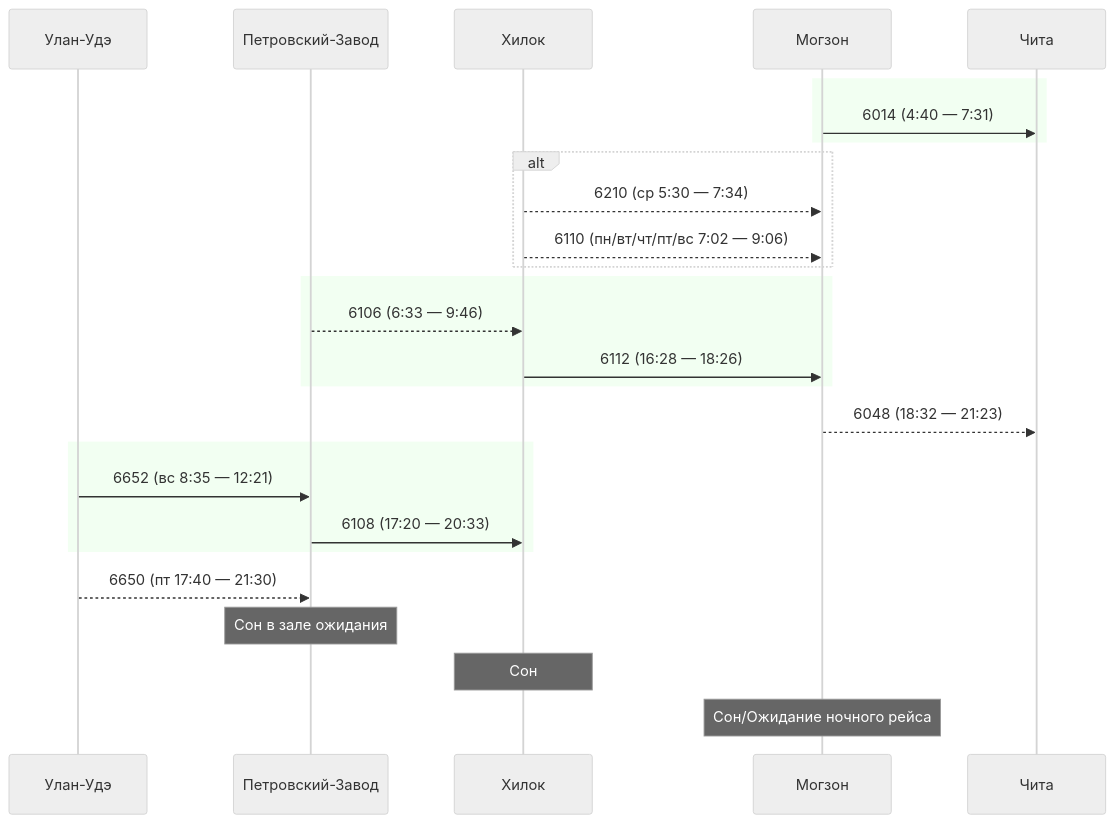
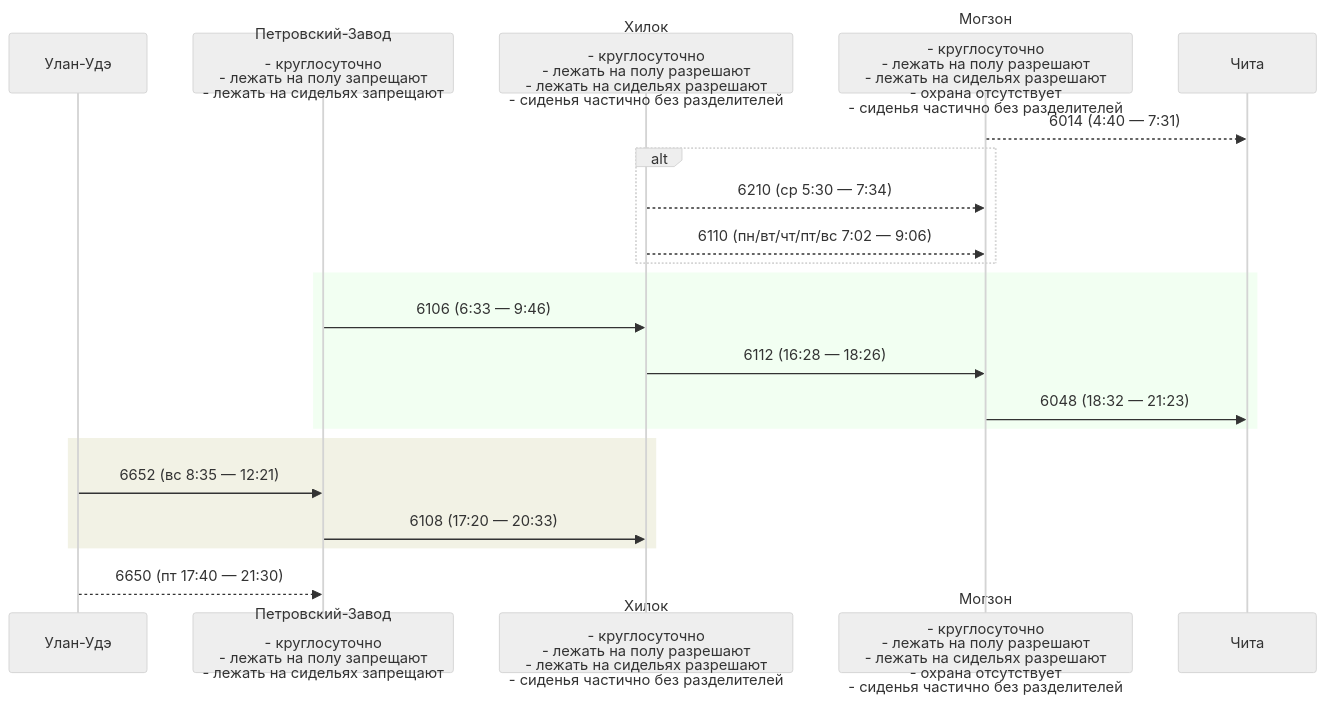
One commit to u0feff/Pezda changed diagram 14 of 18 in Schedule/Eastbound.md. Above: the diagram before and after it, drawn with Mermaid (neutral theme). The commit also changed other lines of this file and 7 other files, not shown here.

````diff
--- a/Schedule/Eastbound.md
+++ b/Schedule/Eastbound.md
@@ -554,34 +574,28 @@
 ```mermaid
 sequenceDiagram
-    participant Улан-Удэ
-    participant Петровский-Завод
-    participant Хилок
-    participant Могзон
+    participant УланУдэ as Улан-Удэ
+    participant ПетровскийЗавод as Петровский-Завод<br><br>- круглосуточно<br>- лежать на полу запрещают<br>- лежать на сидельях запрещают
+    participant Хилок as Хилок<br><br>- круглосуточно<br>- лежать на полу разрешают<br>- лежать на сидельях разрешают<br>- сиденья частично без разделителей
+    participant Могзон as Могзон<br><br>- круглосуточно<br>- лежать на полу разрешают<br>- лежать на сидельях разрешают<br>- охрана отсутствует<br>- сиденья частично без разделителей
     participant Чита
 
-    rect rgba(0, 255, 0, 0.05)
-    Могзон->>Чита: 6014 (4:40 — 7:31)
-    end
+    Могзон-->>Чита: 6014 (4:40 — 7:31)
 
     alt
     Хилок-->>Могзон: 6210 (ср 5:30 — 7:34)
     Хилок-->>Могзон: 6110 (пн/вт/чт/пт/вс 7:02 — 9:06)
     end
 
     rect rgba(0, 255, 0, 0.05)
-    Петровский-Завод-->>Хилок: 6106 (6:33 — 9:46)
+    ПетровскийЗавод->>Хилок: 6106 (6:33 — 9:46)
     Хилок->>Могзон: 6112 (16:28 — 18:26)
-    end
-    Могзон-->>Чита: 6048 (18:32 — 21:23)
-
-    rect rgba(0, 255, 0, 0.05)
-    Улан-Удэ->>Петровский-Завод: 6652 (вс 8:35 — 12:21)
-    Петровский-Завод->>Хилок: 6108 (17:20 — 20:33)
+    Могзон->>Чита: 6048 (18:32 — 21:23)
     end
 
-    Улан-Удэ-->>Петровский-Завод: 6650 (пт 17:40 — 21:30)
+    rect rgba(127, 127, 0, 0.1)
+    УланУдэ->>ПетровскийЗавод: 6652 (вс 8:35 — 12:21)
+    ПетровскийЗавод->>Хилок: 6108 (17:20 — 20:33)
+    end
 
-    Note over Петровский-Завод: Сон в зале ожидания
-    Note over Хилок: Сон
-    Note over Могзон: Сон/Ожидание ночного рейса
+    УланУдэ-->>ПетровскийЗавод: 6650 (пт 17:40 — 21:30)
 ```
````
